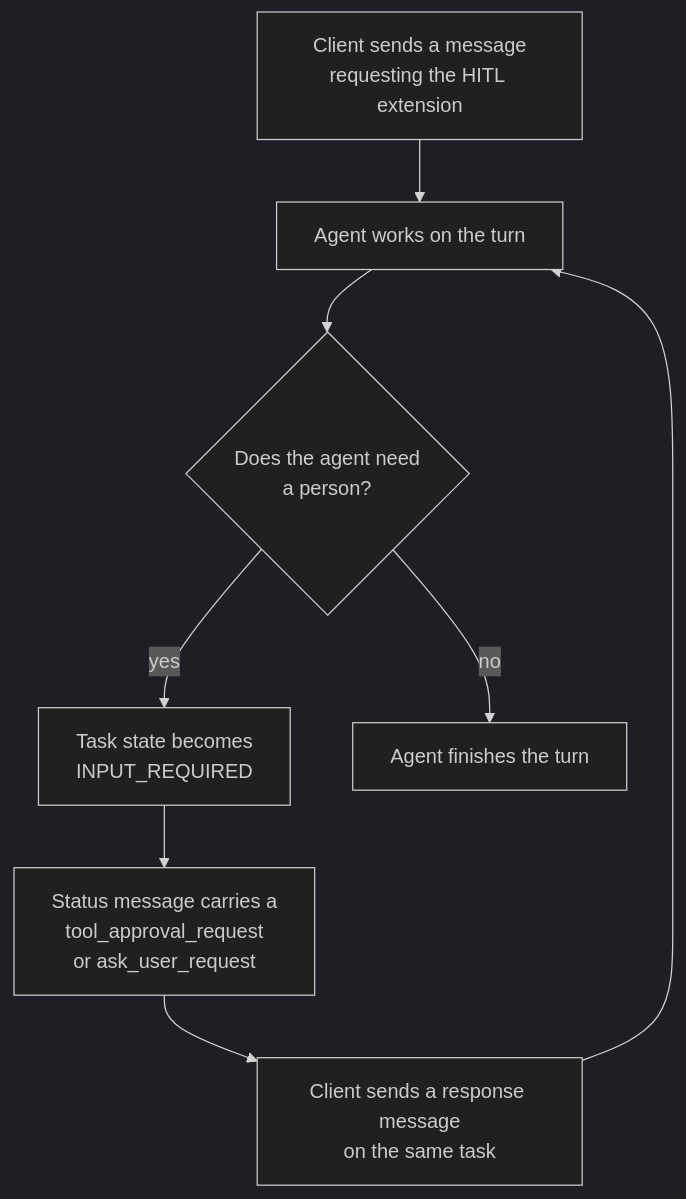
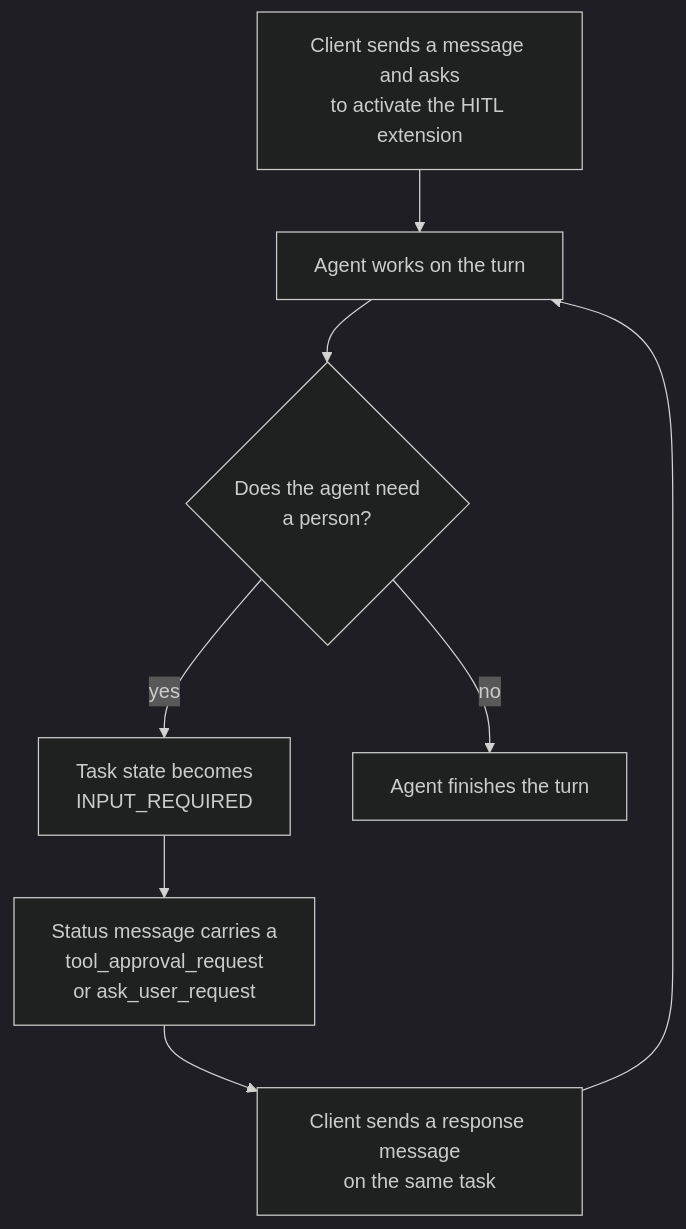
Before and after one commit to kagent-dev/website: the diagram in docs-site/content/kagent/1.x/agents/human-in-the-loop.md, drawn with Mermaid (dark theme). The commit also changed other lines of this file and 1 other file, not shown here.

Commit message:
declarative and HITL

````diff
--- a/docs-site/content/kagent/1.x/agents/human-in-the-loop.md
+++ b/docs-site/content/kagent/1.x/agents/human-in-the-loop.md
@@ -17,18 +19,18 @@
 ```mermaid
 flowchart TB
-    caller["Client sends a message<br>requesting the HITL extension"]
+    caller["Client sends a message and asks<br>to activate the HITL extension"]
     working["Agent works on the turn"]
     decision{"Does the agent need<br>a person?"}
     pause["Task state becomes<br>INPUT_REQUIRED"]
     request["Status message carries a<br>tool_approval_request<br>or ask_user_request"]
     answer["Client sends a response message<br>on the same task"]
     done["Agent finishes the turn"]
 
     caller --> working
     working --> decision
     decision -->|no| done
     decision -->|yes| pause
     pause --> request
     request --> answer
     answer --> working
 ```
````
